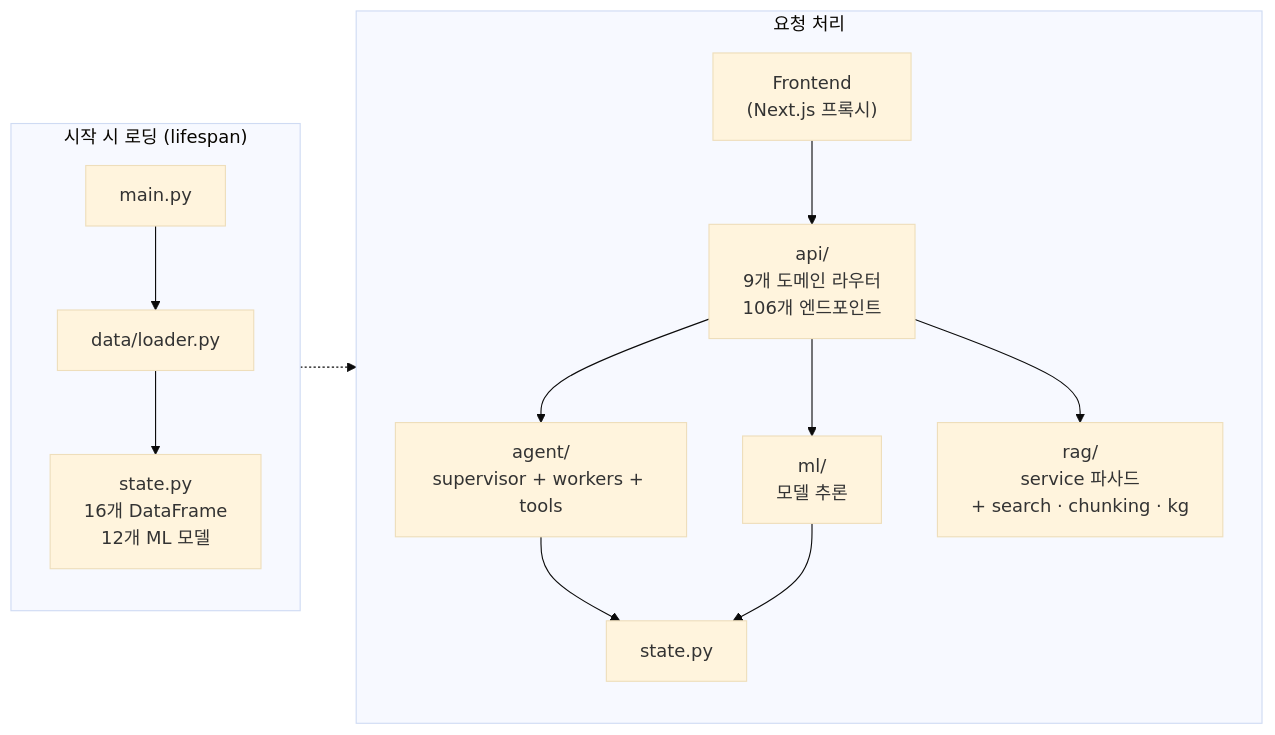
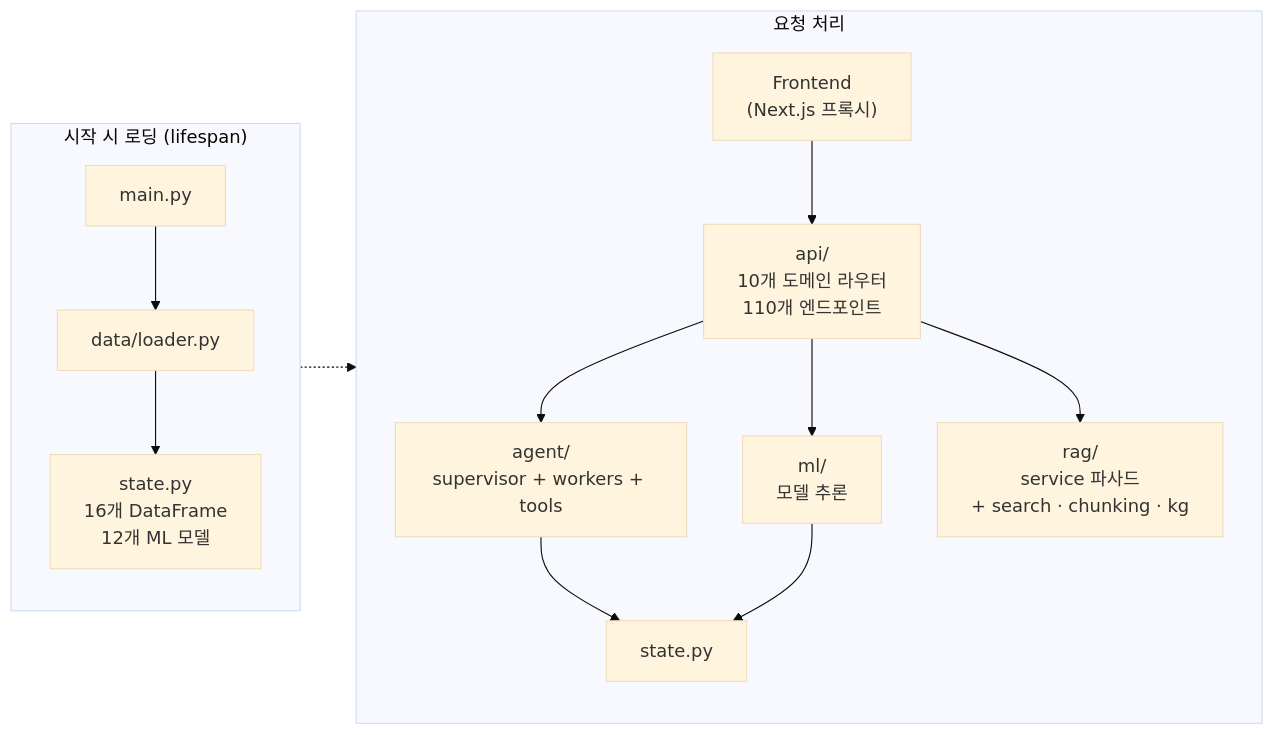
One commit to ASNGG/cafe24-demo changed the third of 7 diagrams in README.md. Above: the diagram before and after it, drawn with Mermaid (base theme). The commit also changed other lines of this file and 12 other files, not shown here.

First line of the commit message:
feat: v9.8 셀러 컨설팅 에이전트 (4단계 멀티스텝 워크플로우)

````diff
--- a/README.md
+++ b/README.md
@@ -383,18 +396,18 @@
 ```mermaid
 flowchart LR
     subgraph Startup["시작 시 로딩 (lifespan)"]
         main["main.py"] --> loader["data/loader.py"]
         loader --> state["state.py<br/>16개 DataFrame<br/>12개 ML 모델"]
     end
 
     subgraph Request["요청 처리"]
-        FE["Frontend<br/>(Next.js 프록시)"] --> routes["api/<br/>9개 도메인 라우터<br/>106개 엔드포인트"]
+        FE["Frontend<br/>(Next.js 프록시)"] --> routes["api/<br/>10개 도메인 라우터<br/>110개 엔드포인트"]
         routes --> agent["agent/<br/>supervisor + workers + tools"]
         routes --> ml["ml/<br/>모델 추론"]
         routes --> rag["rag/<br/>service 파사드<br/>+ search · chunking · kg"]
         agent --> state2["state.py"]
         ml --> state2
     end
 
     Startup -.-> Request
 ```
````
